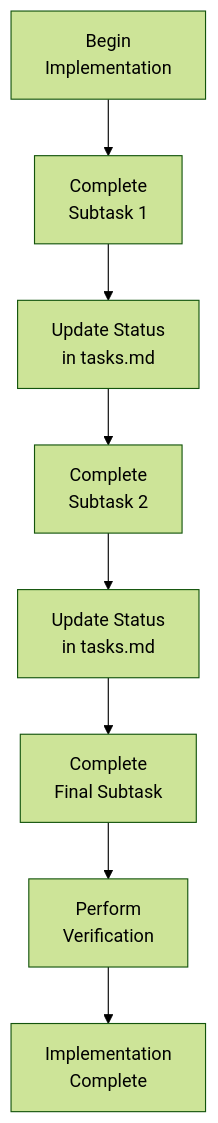
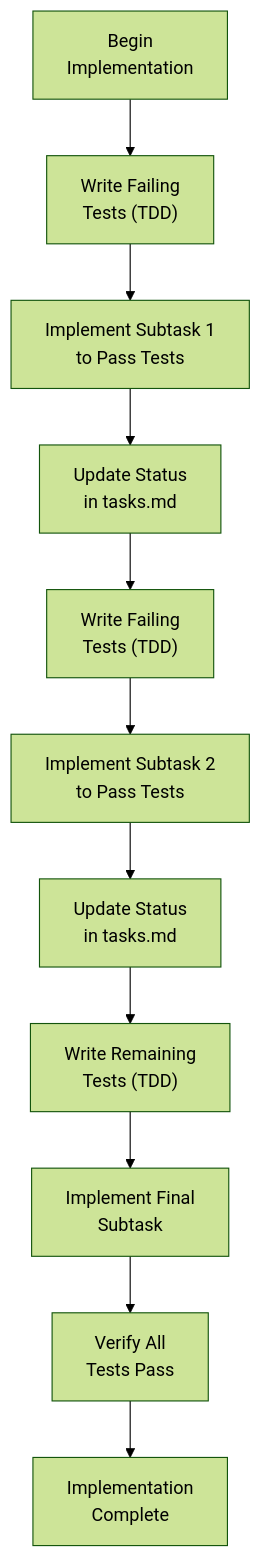
Before and after one commit to Texarkanine/.cursor-rules: the fifth of 9 diagrams in rulesets/niko/niko/Level2/workflow-level2.mdc, drawn with Mermaid (forest theme). The commit also changed other lines of this file and 14 other files, not shown here.

````diff
--- a/rulesets/niko/niko/Level2/workflow-level2.mdc
+++ b/rulesets/niko/niko/Level2/workflow-level2.mdc
@@ -125,10 +125,13 @@
 ```mermaid
 graph TD
-    Start["Begin<br>Implementation"] --> SubTask1["Complete<br>Subtask 1"]
+    Start["Begin<br>Implementation"] --> WriteTests1["Write Failing<br>Tests (TDD)"]
+    WriteTests1 --> SubTask1["Implement Subtask 1<br>to Pass Tests"]
     SubTask1 --> UpdateStatus1["Update Status<br>in tasks.md"]
-    UpdateStatus1 --> SubTask2["Complete<br>Subtask 2"]
+    UpdateStatus1 --> WriteTests2["Write Failing<br>Tests (TDD)"]
+    WriteTests2 --> SubTask2["Implement Subtask 2<br>to Pass Tests"]
     SubTask2 --> UpdateStatus2["Update Status<br>in tasks.md"]
-    UpdateStatus2 --> FinalSubTask["Complete<br>Final Subtask"]
-    FinalSubTask --> Verification["Perform<br>Verification"]
+    UpdateStatus2 --> FinalTests["Write Remaining<br>Tests (TDD)"]
+    FinalTests --> FinalSubTask["Implement Final<br>Subtask"]
+    FinalSubTask --> Verification["Verify All<br>Tests Pass"]
     Verification --> ImplComplete["Implementation<br>Complete"]
 ```
````
